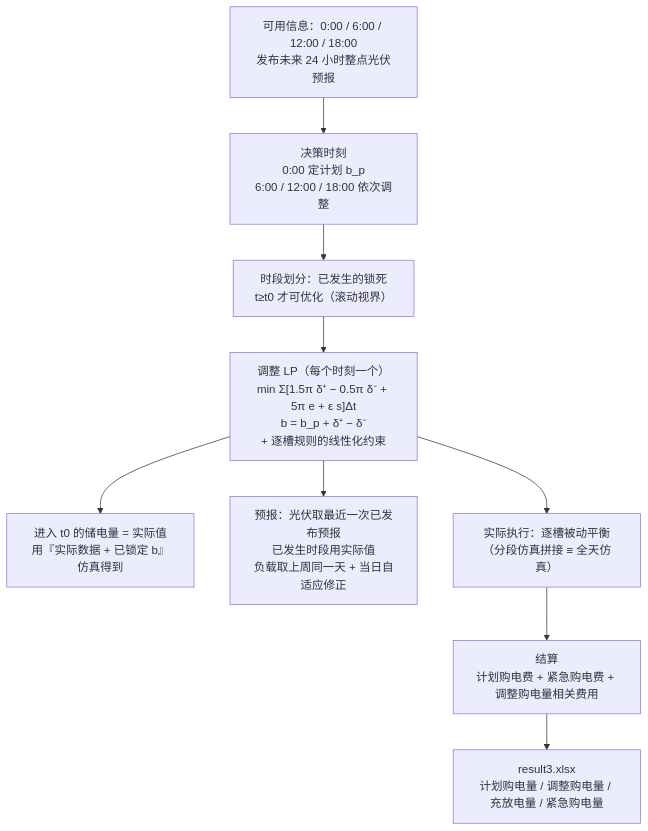
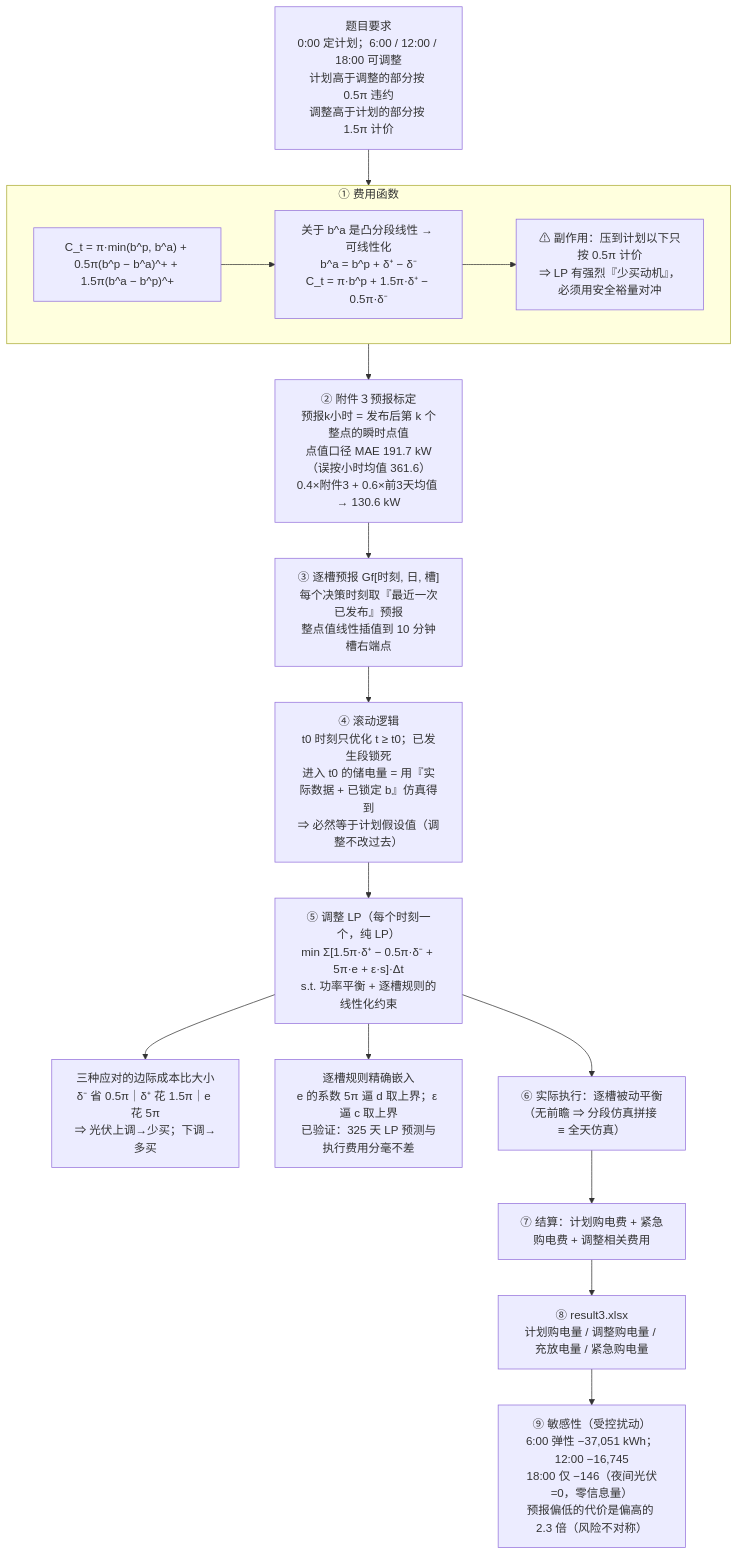
Before and after one commit to aircraft333/aircraft333-s-team: the third of 3 diagrams in 模型与口径说明.md, drawn with Mermaid. The commit also changed other lines of this file and 32 other files, not shown here.

````diff
--- a/模型与口径说明.md
+++ b/模型与口径说明.md
@@ -325,11 +492,22 @@
 ```mermaid
 flowchart TD
-    A["可用信息：0:00 / 6:00 / 12:00 / 18:00<br/>发布未来 24 小时整点光伏预报"] --> B["决策时刻<br/>0:00 定计划 b_p<br/>6:00 / 12:00 / 18:00 依次调整"]
-    B --> C["时段划分：已发生的锁死<br/>t≥t0 才可优化（滚动视界）"]
-    C --> D["调整 LP（每个时刻一个）<br/>min Σ[1.5π δ⁺ − 0.5π δ⁻ + 5π e + ε s]Δt<br/>b = b_p + δ⁺ − δ⁻<br/>+ 逐槽规则的线性化约束"]
-    D --> D1["进入 t0 的储电量 = 实际值<br/>用『实际数据 + 已锁定 b』仿真得到"]
-    D --> D2["预报：光伏取最近一次已发布预报<br/>已发生时段用实际值<br/>负载取上周同一天 + 当日自适应修正"]
-    D --> E["实际执行：逐槽被动平衡<br/>（分段仿真拼接 ≡ 全天仿真）"]
-    E --> F["结算<br/>计划购电费 + 紧急购电费 + 调整购电量相关费用"]
-    F --> G["result3.xlsx<br/>计划购电量 / 调整购电量 / 充放电量 / 紧急购电量"]
+    A0["题目要求<br/>0:00 定计划；6:00 / 12:00 / 18:00 可调整<br/>计划高于调整的部分按 0.5π 违约<br/>调整高于计划的部分按 1.5π 计价"] --> A
+
+    subgraph A["① 费用函数"]
+        A1["C_t = π·min(b^p, b^a) + 0.5π(b^p − b^a)^+ + 1.5π(b^a − b^p)^+"]
+        A2["关于 b^a 是凸分段线性 → 可线性化<br/>b^a = b^p + δ⁺ − δ⁻<br/>C_t = π·b^p + 1.5π·δ⁺ − 0.5π·δ⁻"]
+        A3["⚠ 副作用：压到计划以下只按 0.5π 计价<br/>⇒ LP 有强烈『少买动机』，必须用安全裕量对冲"]
+        A1 --> A2 --> A3
+    end
+
+    A --> B["② 附件３预报标定<br/>预报k小时 = 发布后第 k 个整点的瞬时点值<br/>点值口径 MAE 191.7 kW（误按小时均值 361.6）<br/>0.4×附件3 + 0.6×前3天均值 → 130.6 kW"]
+    B --> C["③ 逐槽预报 Gf[时刻, 日, 槽]<br/>每个决策时刻取『最近一次已发布』预报<br/>整点值线性插值到 10 分钟槽右端点"]
+    C --> D["④ 滚动逻辑<br/>t0 时刻只优化 t ≥ t0；已发生段锁死<br/>进入 t0 的储电量 = 用『实际数据 + 已锁定 b』仿真得到<br/>⇒ 必然等于计划假设值（调整不改过去）"]
+    D --> E["⑤ 调整 LP（每个时刻一个，纯 LP）<br/>min Σ[1.5π·δ⁺ − 0.5π·δ⁻ + 5π·e + ε·s]·Δt<br/>s.t. 功率平衡 + 逐槽规则的线性化约束"]
+    E --> E1["三种应对的边际成本比大小<br/>δ⁻ 省 0.5π｜δ⁺ 花 1.5π｜e 花 5π<br/>⇒ 光伏上调→少买；下调→多买"]
+    E --> E2["逐槽规则精确嵌入<br/>e 的系数 5π 逼 d 取上界；ε 逼 c 取上界<br/>已验证：325 天 LP 预测与执行费用分毫不差"]
+    E --> F["⑥ 实际执行：逐槽被动平衡<br/>（无前瞻 ⇒ 分段仿真拼接 ≡ 全天仿真）"]
+    F --> G["⑦ 结算：计划购电费 + 紧急购电费 + 调整相关费用"]
+    G --> H["⑧ result3.xlsx<br/>计划购电量 / 调整购电量 / 充放电量 / 紧急购电量"]
+    H --> I["⑨ 敏感性（受控扰动）<br/>6:00 弹性 −37,051 kWh；12:00 −16,745<br/>18:00 仅 −146（夜间光伏=0，零信息量）<br/>预报偏低的代价是偏高的 2.3 倍（风险不对称）"]
 ```
````
